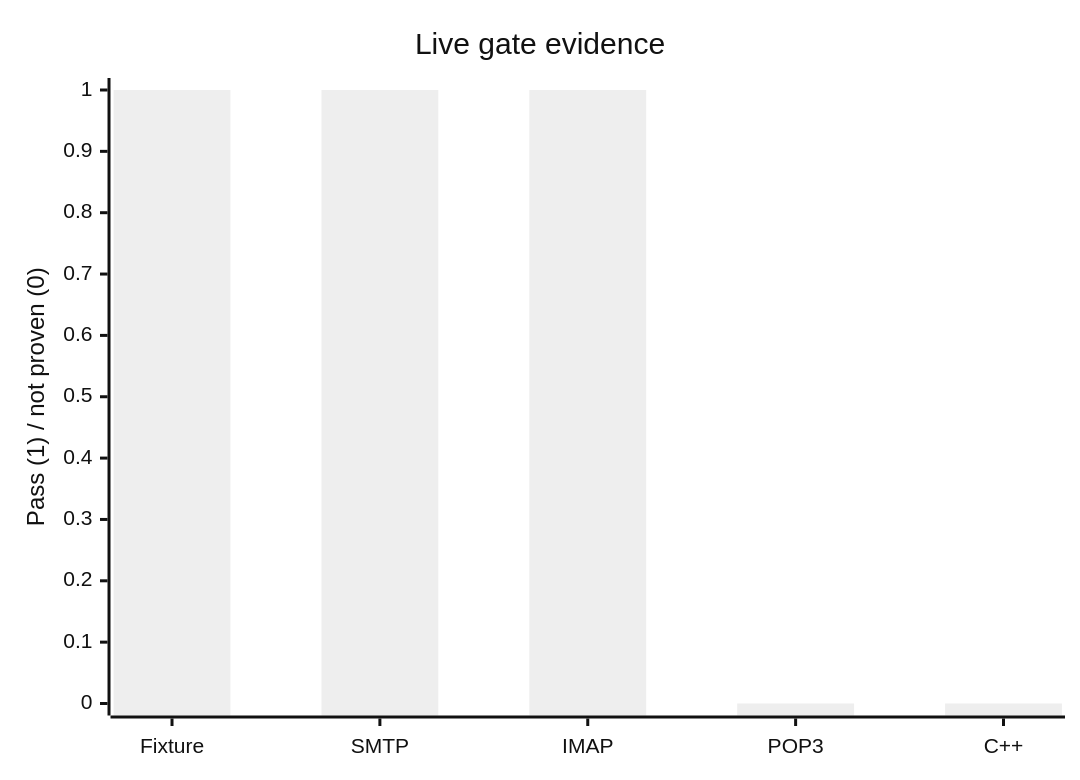
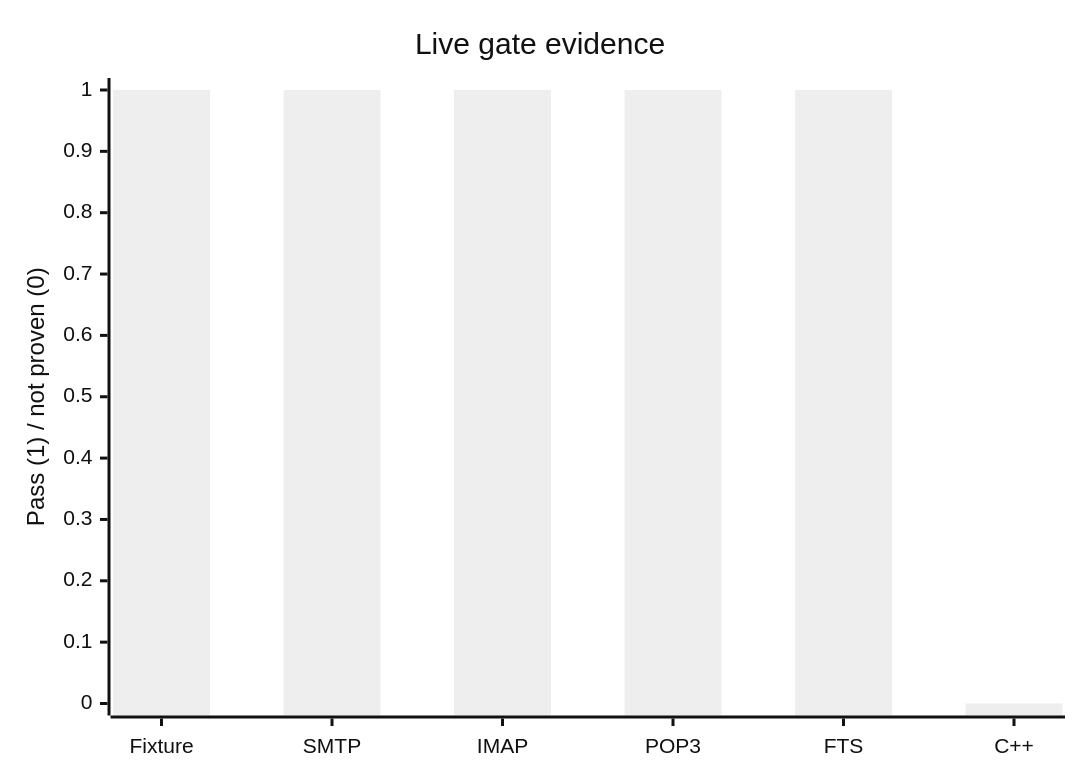
One commit to mk148a/hmailserver changed the second of 2 diagrams in hmailserver/source/Server.Net10/PERFORMANCE_COMPARISON_REPORT.md. Above: the diagram before and after it, drawn with Mermaid (neutral theme). The commit also changed other lines of this file and 5 other files, not shown here.

````diff
--- a/hmailserver/source/Server.Net10/PERFORMANCE_COMPARISON_REPORT.md
+++ b/hmailserver/source/Server.Net10/PERFORMANCE_COMPARISON_REPORT.md
@@ -51,7 +58,7 @@
 ```mermaid
 xychart-beta
     title "Live gate evidence"
-    x-axis [Fixture, SMTP, IMAP, POP3, C++]
+    x-axis [Fixture, SMTP, IMAP, POP3, FTS, C++]
     y-axis "Pass (1) / not proven (0)" 0 --> 1
-    bar [1, 1, 1, 0, 0]
+    bar [1, 1, 1, 1, 1, 0]
 ```
````
